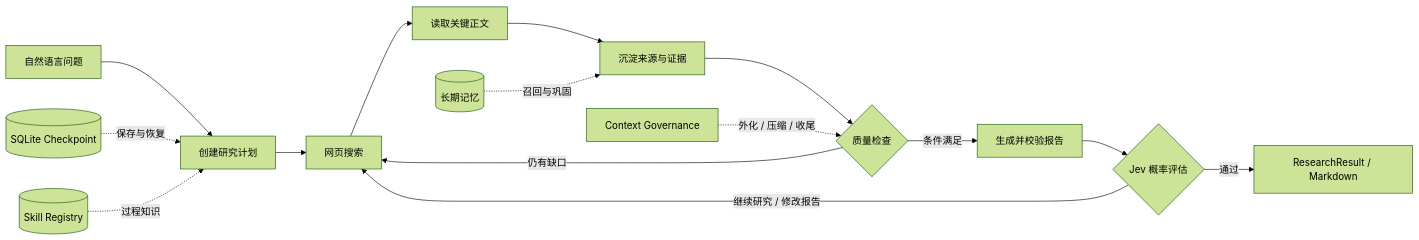
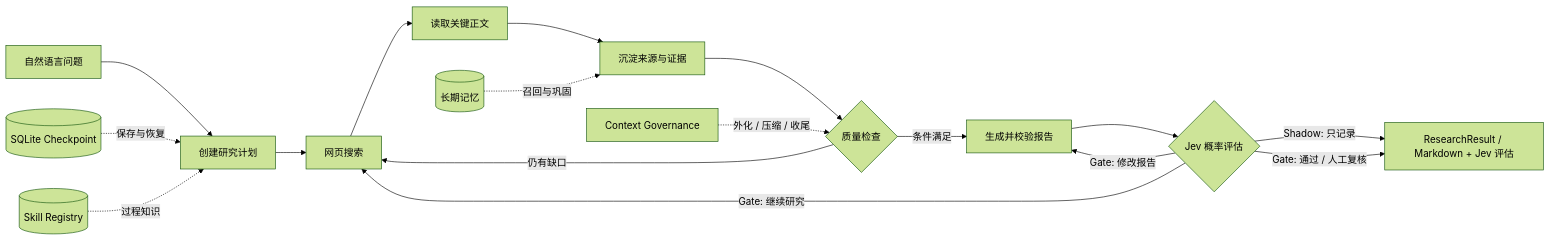
The first of 2 diagrams in README.md (1612535983/deepreseach-learing), drawn with Mermaid (forest theme) before and after one commit. The commit also changed other lines of this file, not shown here.

Commit message:
docs: explain jev report evaluation output

````diff
--- a/README.md
+++ b/README.md
@@ -64,18 +64,20 @@
 ```mermaid
 flowchart LR
     A[自然语言问题] --> B[创建研究计划]
     B --> C[网页搜索]
     C --> D[读取关键正文]
     D --> E[沉淀来源与证据]
     E --> F{质量检查}
     F -->|仍有缺口| C
     F -->|条件满足| G[生成并校验报告]
     G --> M{Jev 概率评估}
-    M -->|通过| H[ResearchResult / Markdown]
-    M -->|继续研究 / 修改报告| C
+    M -->|Shadow: 只记录| H[ResearchResult / Markdown + Jev 评估]
+    M -->|Gate: 通过 / 人工复核| H
+    M -->|Gate: 继续研究| C
+    M -->|Gate: 修改报告| G
 
     I[(SQLite Checkpoint)] -.保存与恢复.-> B
     J[(长期记忆)] -.召回与巩固.-> E
     L[(Skill Registry)] -.过程知识.-> B
     K[Context Governance] -.外化 / 压缩 / 收尾.-> F
 ```
````
